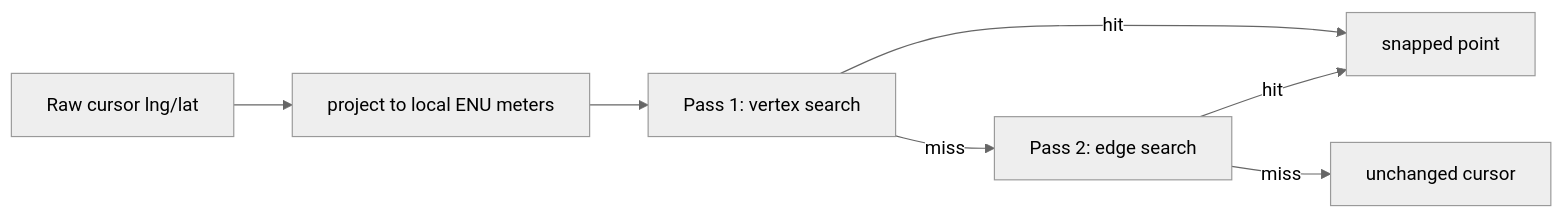
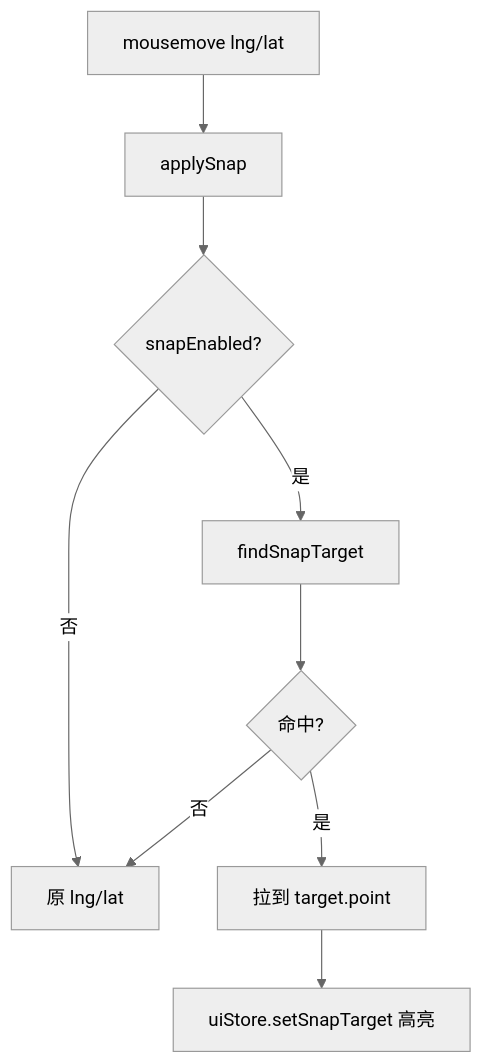
One commit to SakuraPuare/apollo-map-studio changed the third of 3 diagrams in docs/guide/editing-and-snapping.md. Above: the diagram before and after it, drawn with Mermaid (neutral theme). The commit also changed other lines of this file and 414 other files, not shown here.

````diff
--- a/docs/guide/editing-and-snapping.md
+++ b/docs/guide/editing-and-snapping.md
@@ -178,9 +68,11 @@
 ```mermaid
-flowchart LR
-  Cur[Raw cursor lng/lat] --> Project[project to local ENU meters]
-  Project --> P1[Pass 1: vertex search]
-  P1 -->|hit| Out[snapped point]
-  P1 -->|miss| P2[Pass 2: edge search]
-  P2 -->|hit| Out
-  P2 -->|miss| Cur2[unchanged cursor]
+flowchart TD
+  Move[mousemove lng/lat] --> Apply[applySnap]
+  Apply --> Check{snapEnabled?}
+  Check -- 否 --> Pass[原 lng/lat]
+  Check -- 是 --> Find[findSnapTarget]
+  Find --> Target{命中?}
+  Target -- 是 --> Pull[拉到 target.point]
+  Target -- 否 --> Pass
+  Pull --> UI[uiStore.setSnapTarget 高亮]
 ```
````
